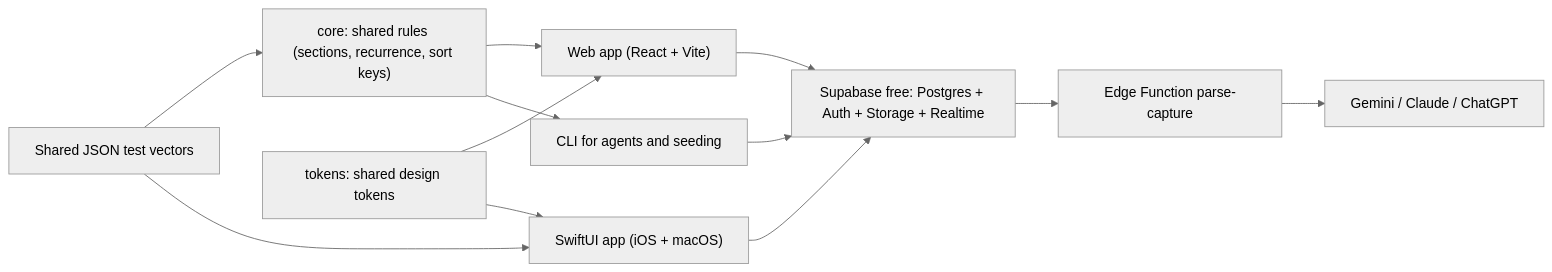
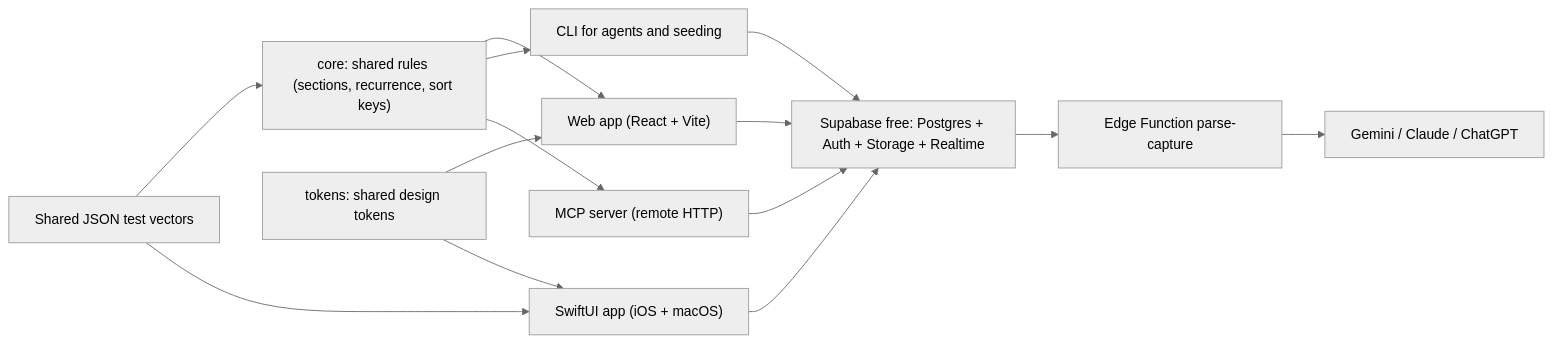
The diagram in PLAN.md (daveknight/task-man), drawn with Mermaid (neutral theme) before and after one commit. The commit also changed other lines of this file and 26 other files, not shown here.

First line of the commit message:
Add a remote Task MCP server (#76)

````diff
--- a/PLAN.md
+++ b/PLAN.md
@@ -219,23 +219,26 @@
 ```mermaid
 flowchart LR
   core["core: shared rules (sections, recurrence, sort keys)"]
   web["Web app (React + Vite)"]
   cli["CLI for agents and seeding"]
+  mcp["MCP server (remote HTTP)"]
   ios["SwiftUI app (iOS + macOS)"]
   supa["Supabase free: Postgres + Auth + Storage + Realtime"]
   edge["Edge Function parse-capture"]
   llm["Gemini / Claude / ChatGPT"]
   supa --> edge
   edge --> llm
   fixtures["Shared JSON test vectors"]
   tokens["tokens: shared design tokens"]
   core --> web
   core --> cli
+  core --> mcp
   fixtures --> core
   fixtures --> ios
   tokens --> web
   tokens --> ios
   web --> supa
   cli --> supa
+  mcp --> supa
   ios --> supa
 ```
````
